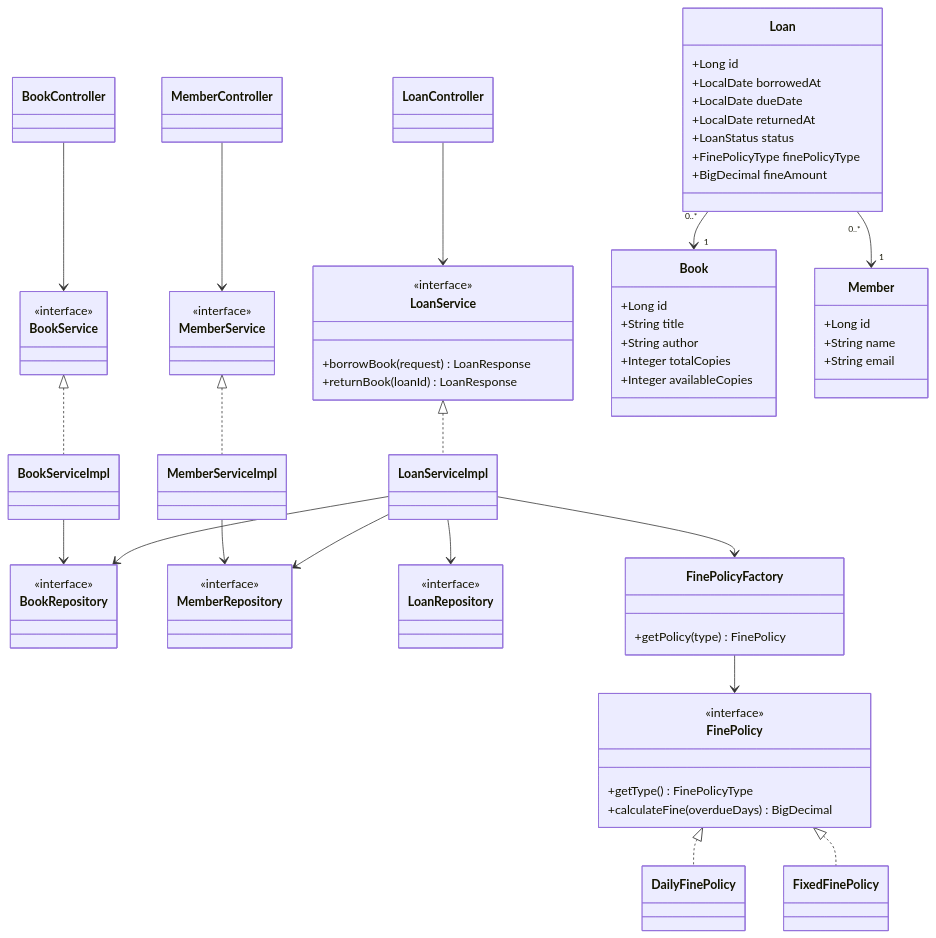
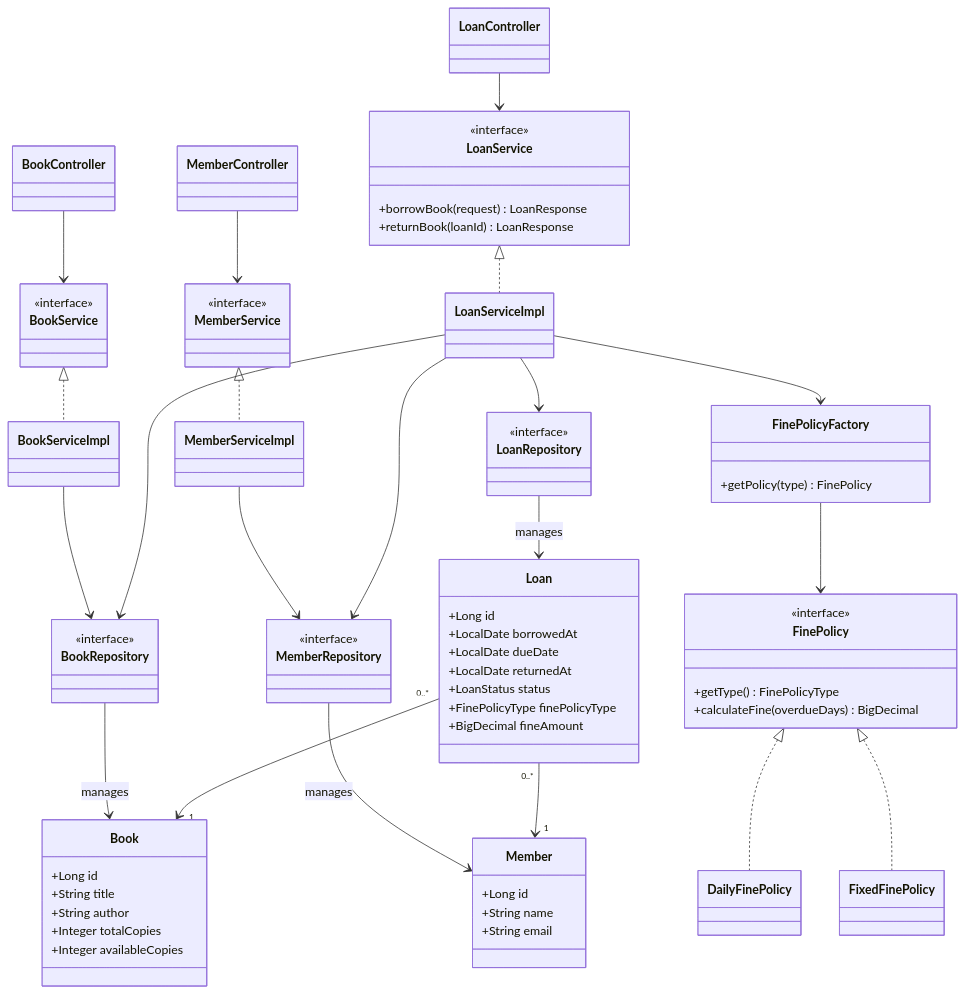
The diagram in README.md (rachel-987/fst-java-day29-lib-management), drawn with Mermaid before and after one commit. The commit also changed other lines of this file, not shown here.

````diff
--- a/README.md
+++ b/README.md
@@ -87,6 +87,10 @@
     FinePolicy <|.. DailyFinePolicy
     FinePolicy <|.. FixedFinePolicy
 
+    BookRepository --> Book : manages
+    MemberRepository --> Member : manages
+    LoanRepository --> Loan : manages
+
     Loan "0..*" --> "1" Book
     Loan "0..*" --> "1" Member
 ```
````
